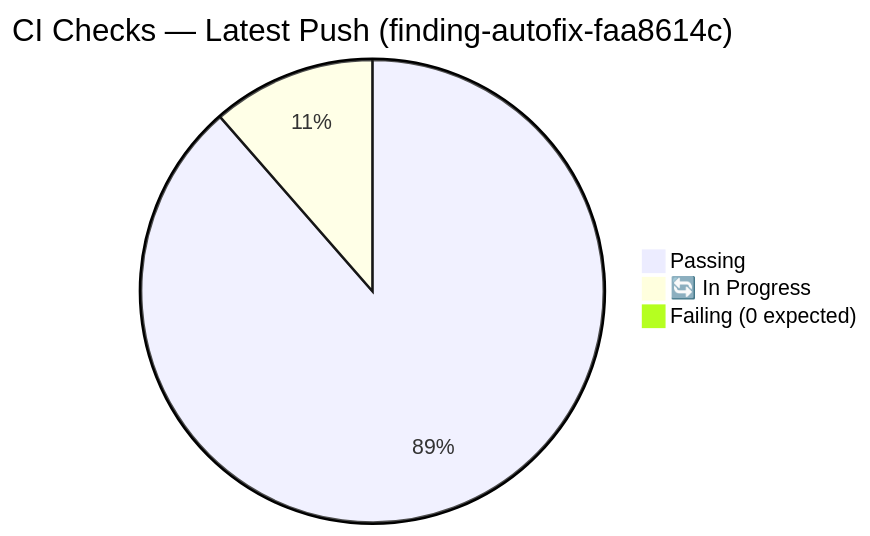
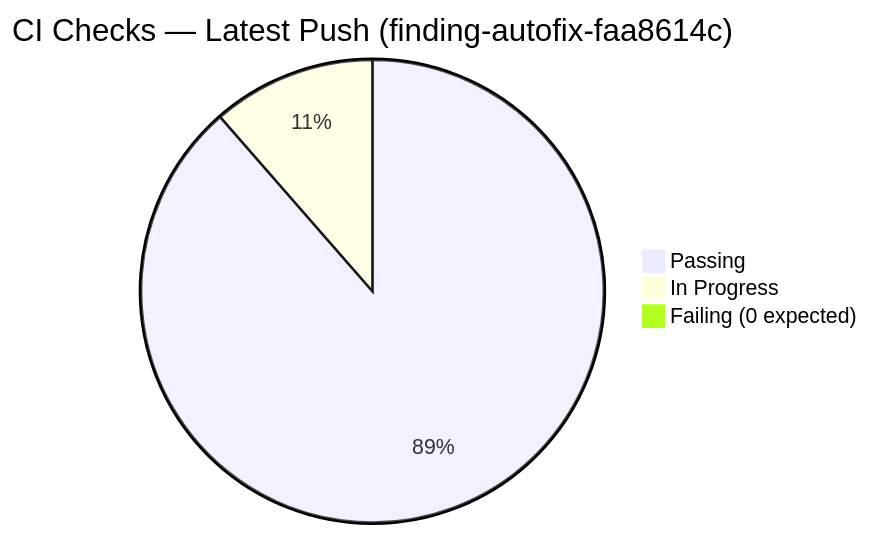
One commit to Aries-Serpent/_codex_ changed diagram 15 of 26 in docs/sessions/PR4346_session_diagram.md. Above: the diagram before and after it, drawn with Mermaid. The commit also changed other lines of this file and 1989 other files, not shown here.

````diff
--- a/docs/sessions/PR4346_session_diagram.md
+++ b/docs/sessions/PR4346_session_diagram.md
@@ -414,7 +414,7 @@
 ```mermaid
 %%{init: {'accessibility': {'title': 'Pie Chart'}}%%
 pie title CI Checks — Latest Push (finding-autofix-faa8614c)
     " Passing" : 31
-    "🔄 In Progress" : 4
+    " In Progress" : 4
     " Failing (0 expected)" : 0
 ```
````
